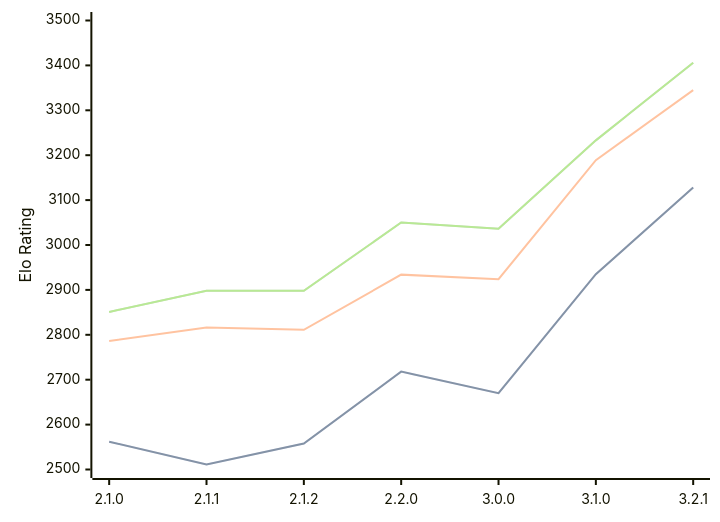
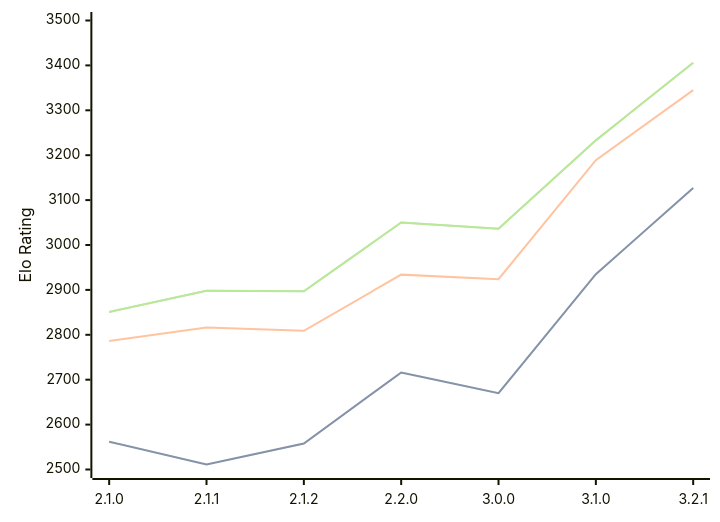
Before and after one commit to computer-chess-index/cci: the diagram in engines/Prune.md, drawn with Mermaid. The commit also changed other lines of this file, not shown here.

Commit message:
Update CCI Ratings (ELO VLTC) - 2026-03-19

````diff
--- a/engines/Prune.md
+++ b/engines/Prune.md
@@ -40,11 +42,11 @@
 ```mermaid
 %%{init: {"theme":"base","themeVariables":{"seriesColors:['#a3a3a3','#222221','#faa371']}}}%%
 xychart-beta
   x-axis ["2.1.0", "2.1.1", "2.1.2", "2.2.0", "3.0.0", "3.1.0", "3.2.1"]
   y-axis "Elo Rating" 2500 --> 3500
-  line "STC (8.0+0.08s)" [2562, 2511, 2558, 2718, 2670, 2935, 3128]
-  line "STC (8.0+0.08s)" [2562, 2511, 2558, 2718, 2670, 2935, 3128]
-  line "LTC (60.0+0.60s)" [2786, 2816, 2811, 2934, 2924, 3189, 3345]
-  line "VLTC (2m24s+1.12s)" [2851, 2898, 2898, 3050, 3036, 3233, 3406]
-  line "VLTC (2m24s+1.12s)" [2851, 2898, 2898, 3050, 3036, 3233, 3406]
+  line "STC (8.0+0.08s)" [2562, 2511, 2558, 2716, 2670, 2935, 3127]
+  line "STC (8.0+0.08s)" [2562, 2511, 2558, 2716, 2670, 2935, 3127]
+  line "LTC (60.0+0.60s)" [2786, 2816, 2809, 2934, 2924, 3189, 3345]
+  line "VLTC (2m24s+1.12s)" [2851, 2898, 2897, 3050, 3036, 3233, 3406]
+  line "VLTC (2m24s+1.12s)" [2851, 2898, 2897, 3050, 3036, 3233, 3406]
 ```
````
